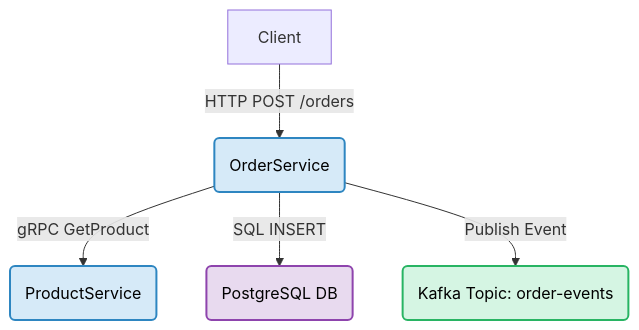
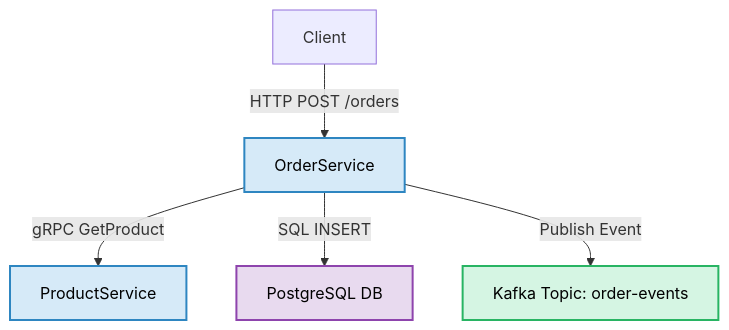
The second of 3 diagrams in docs/foundational-concepts/system-thinking-basics/components-connectors-configurations.mdx (archman-dev/website), drawn with Mermaid before and after one commit. The commit also changed other lines of this file and 26 other files, not shown here.

````diff
--- a/docs/foundational-concepts/system-thinking-basics/components-connectors-configurations.mdx
+++ b/docs/foundational-concepts/system-thinking-basics/components-connectors-configurations.mdx
@@ -65,15 +61,15 @@
 ```mermaid
-graph TD
-    A[Client] -- "HTTP POST /orders" --> B(OrderService)
-    B -- "gRPC GetProduct" --> C(ProductService)
-    B -- "SQL INSERT" --> D(PostgreSQL DB)
-    B -- "Publish Event" --> E(Kafka Topic: order-events)
+flowchart TB
+  A["Client"] -->|"HTTP POST /orders"| B["OrderService"]
+  B -->|"gRPC GetProduct"| C["ProductService"]
+  B -->|"SQL INSERT"| D["PostgreSQL DB"]
+  B -->|"Publish Event"| E["Kafka Topic: order-events"]
 
-    classDef service fill:#D6EAF8,stroke:#2E86C1,stroke-width:2px,color:#000;
-    classDef db fill:#E8DAEF,stroke:#8E44AD,stroke-width:2px,color:#000;
-    classDef topic fill:#D5F5E3,stroke:#28B463,stroke-width:2px,color:#000;
+  classDef service fill:#D6EAF8,stroke:#2E86C1,stroke-width:2px,color:#000;
+  classDef db fill:#E8DAEF,stroke:#8E44AD,stroke-width:2px,color:#000;
+  classDef topic fill:#D5F5E3,stroke:#28B463,stroke-width:2px,color:#000;
 
-    class B,C service;
-    class D db;
-    class E topic;
+  class B,C service;
+  class D db;
+  class E topic;
 ```
````
